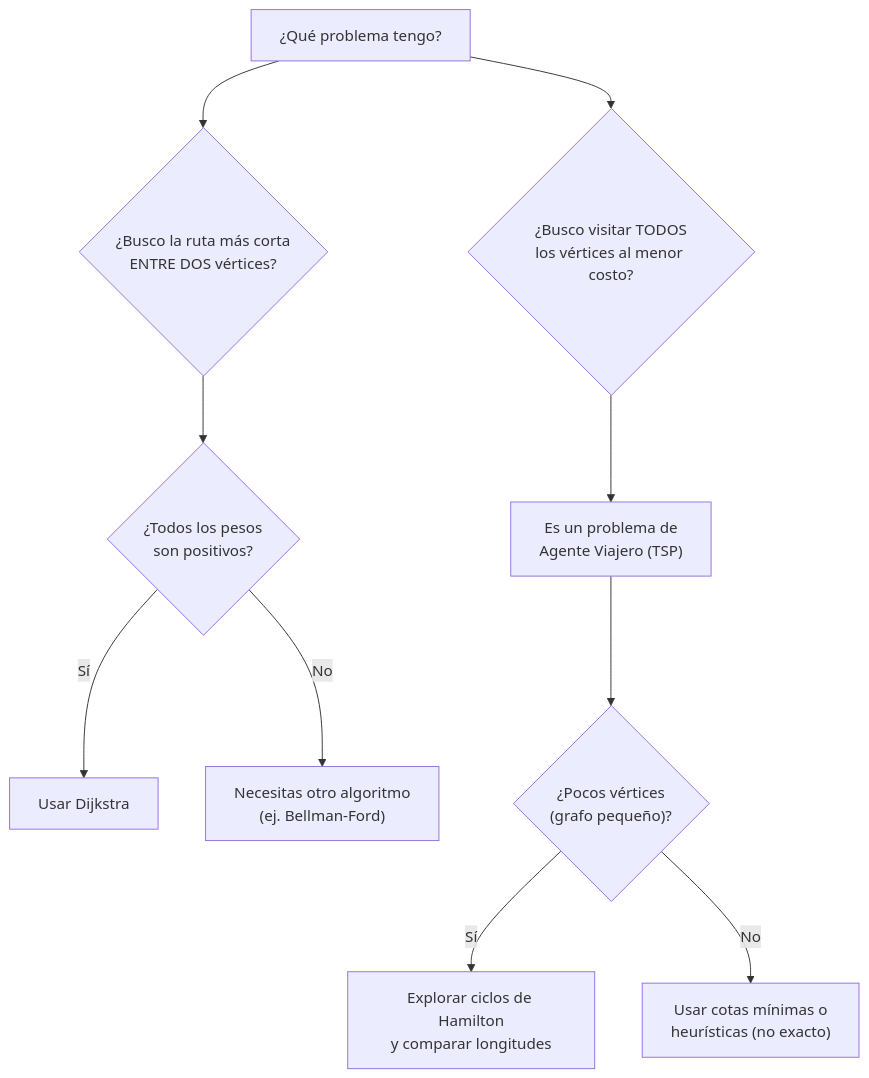
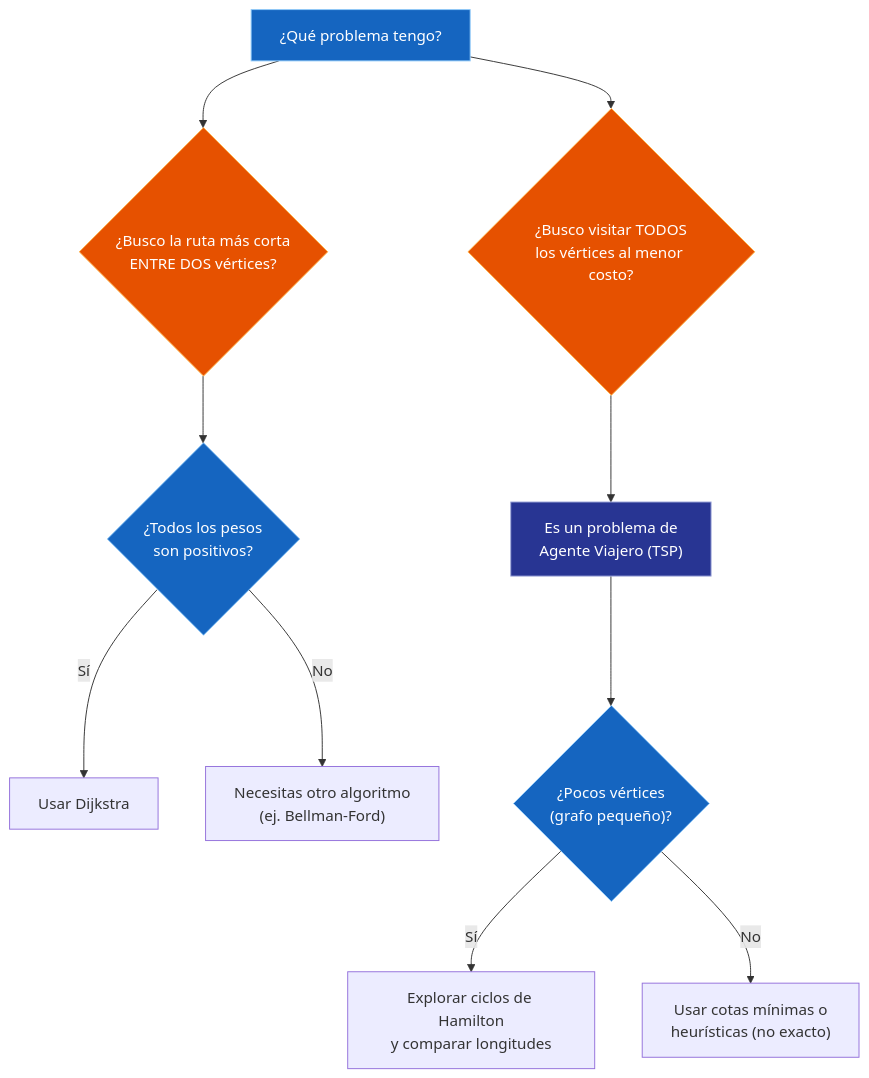
The first of 2 diagrams in src/site/notes/Universidad/3er Semestre/Matemáticas Discretas/Unidad 5 - Grafos y Árboles/02 - Grafos II - Subgrafos, Matrices y Algoritmos.md (Fsteven22/Notas-ESPOL), drawn with Mermaid before and after one commit. The commit also changed other lines of this file and 79 other files, not shown here.

````diff
--- a/src/site/notes/Universidad/3er Semestre/Matemáticas Discretas/Unidad 5 - Grafos y Árboles/02 - Grafos II - Subgrafos, Matrices y Algoritmos.md
+++ b/src/site/notes/Universidad/3er Semestre/Matemáticas Discretas/Unidad 5 - Grafos y Árboles/02 - Grafos II - Subgrafos, Matrices y Algoritmos.md
@@ -230,12 +240,18 @@
 ```mermaid
 graph TD
     A["¿Qué problema tengo?"] --> B{"¿Busco la ruta más corta<br/>ENTRE DOS vértices?"}
     A --> C{"¿Busco visitar TODOS<br/>los vértices al menor costo?"}
     B --> D{"¿Todos los pesos<br/>son positivos?"}
     D -->|Sí| E["Usar Dijkstra"]
     D -->|No| F["Necesitas otro algoritmo<br/>(ej. Bellman-Ford)"]
     C --> G["Es un problema de<br/>Agente Viajero (TSP)"]
     G --> H{"¿Pocos vértices<br/>(grafo pequeño)?"}
     H -->|Sí| I["Explorar ciclos de Hamilton<br/>y comparar longitudes"]
     H -->|No| J["Usar cotas mínimas o<br/>heurísticas (no exacto)"]
+    style A fill:#1565C0,color:#FFFFFF,stroke:#90CAF9,stroke-width:1px
+    style B fill:#E65100,color:#FFFFFF,stroke:#FFB74D,stroke-width:1px
+    style C fill:#E65100,color:#FFFFFF,stroke:#FFB74D,stroke-width:1px
+    style D fill:#1565C0,color:#FFFFFF,stroke:#90CAF9,stroke-width:1px
+    style G fill:#283593,color:#FFFFFF,stroke:#9FA8DA,stroke-width:1px
+    style H fill:#1565C0,color:#FFFFFF,stroke:#90CAF9,stroke-width:1px
 ```
````
